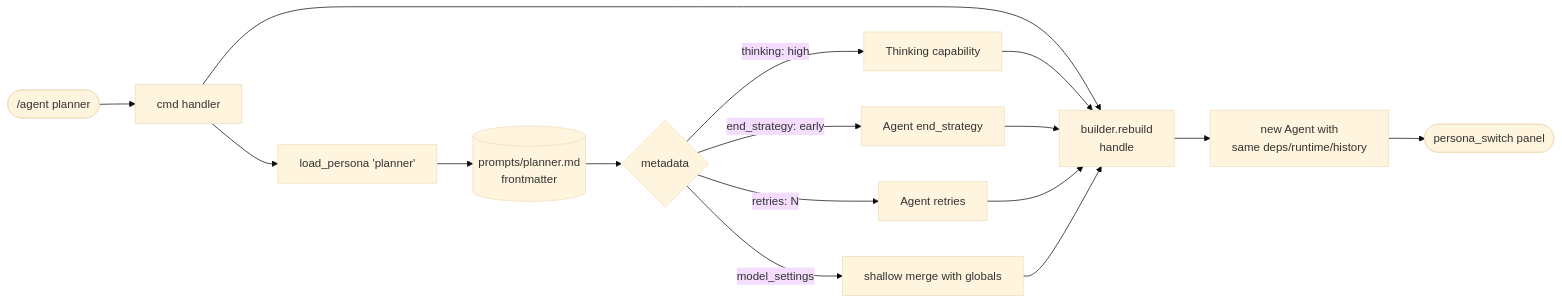
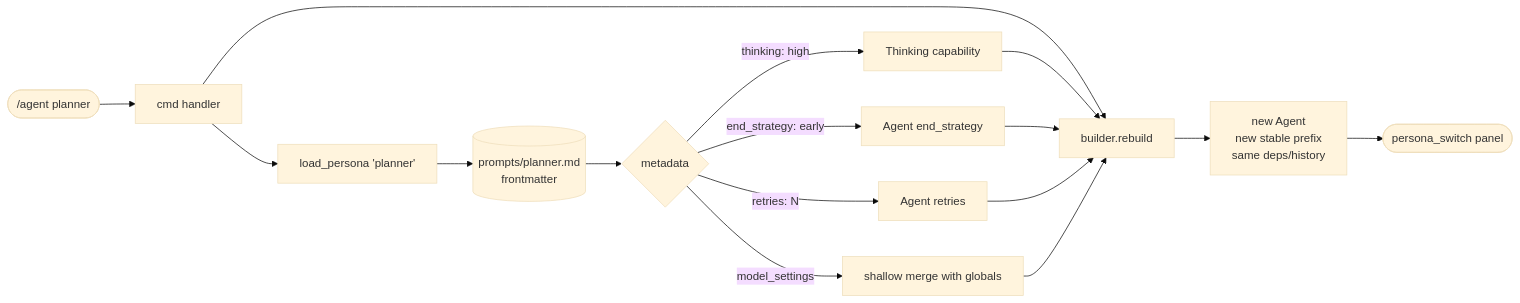
One commit to oornnery/harness-lab changed the fourth of 4 diagrams in README.md. Above: the diagram before and after it, drawn with Mermaid (base theme). The commit also changed other lines of this file and 102 other files, not shown here.

````diff
--- a/README.md
+++ b/README.md
@@ -115,18 +166,18 @@
 ```mermaid
 flowchart LR
     U([/agent planner]) --> CMD[cmd handler]
     CMD --> LP[load_persona 'planner']
     LP --> MD[(prompts/planner.md<br/>frontmatter)]
     MD --> META{metadata}
     META -->|thinking: high| TH[Thinking capability]
     META -->|end_strategy: early| ES[Agent end_strategy]
     META -->|retries: N| RT[Agent retries]
     META -->|model_settings| MS[shallow merge with globals]
-    CMD --> RB[builder.rebuild<br/>handle]
+    CMD --> RB[builder.rebuild]
     TH --> RB
     ES --> RB
     RT --> RB
     MS --> RB
-    RB --> NEW[new Agent with<br/>same deps/runtime/history]
+    RB --> NEW[new Agent<br/>new stable prefix<br/>same deps/history]
     NEW --> U2([persona_switch panel])
 ```
````
